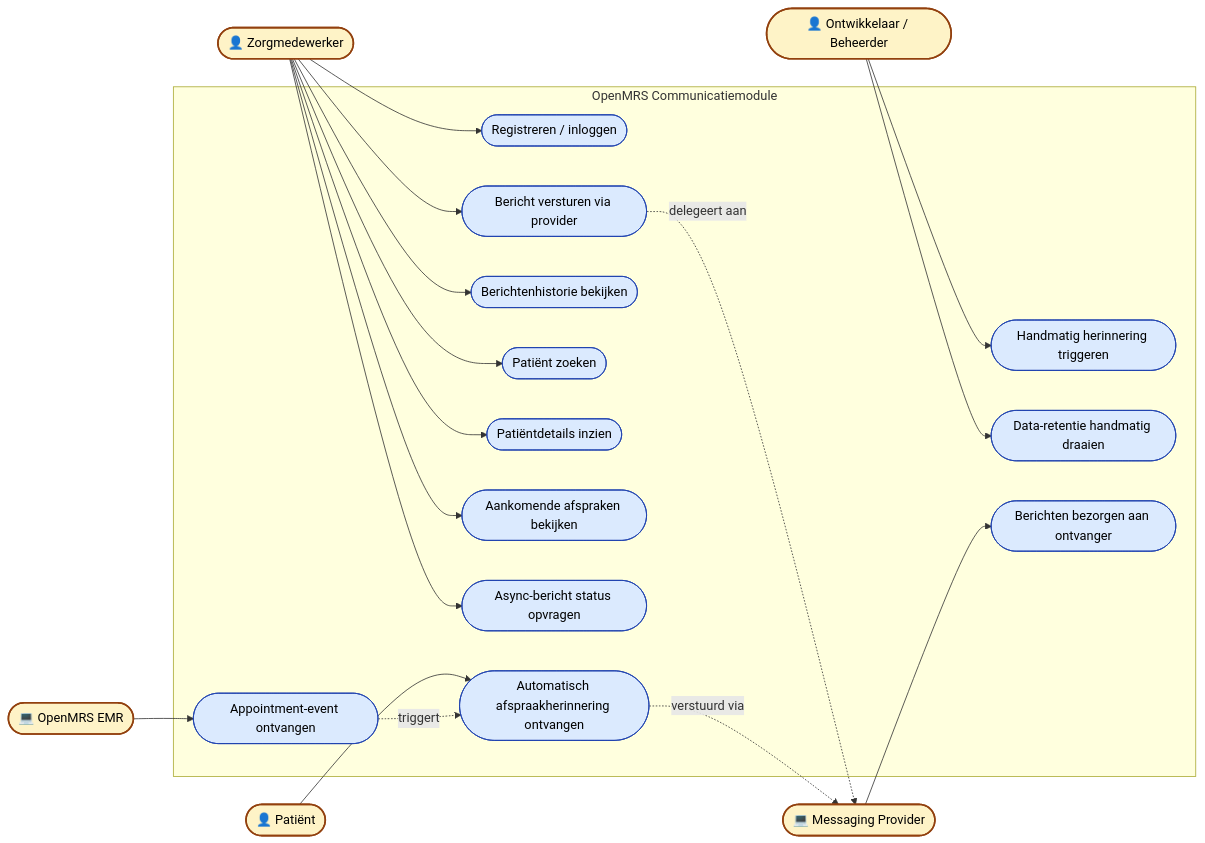
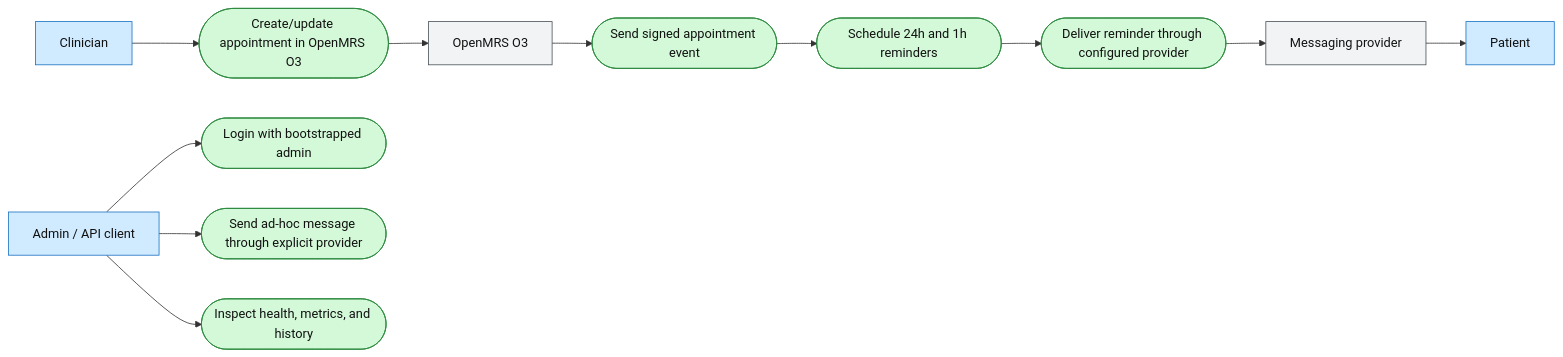
Before and after one commit to Rishyansyal/OpenMRSmoduleBackend: the diagram in docs/c4/diagrams/06-use-case.mmd, drawn with Mermaid. The commit also changed 160 other files, not shown here.

```diff
--- a/docs/c4/diagrams/06-use-case.mmd
+++ b/docs/c4/diagrams/06-use-case.mmd
@@ -1,45 +1,29 @@
-graph LR
-    classDef actor fill:#fef3c7,stroke:#92400e,stroke-width:2px,color:#000
-    classDef usecase fill:#dbeafe,stroke:#1e40af,stroke-width:1px,color:#000
-    classDef system fill:#e0e7ff,stroke:#4338ca,stroke-width:2px,color:#000
+flowchart LR
+    classDef actor fill:#d0ebff,stroke:#1971c2,color:#111
+    classDef usecase fill:#d3f9d8,stroke:#2b8a3e,color:#111
+    classDef ext fill:#f1f3f5,stroke:#495057,color:#111
 
-    Zorg(["👤 Zorgmedewerker"]):::actor
-    Pat(["👤 Patiënt"]):::actor
-    Dev(["👤 Ontwikkelaar / Beheerder"]):::actor
-    OM(["💻 OpenMRS EMR"]):::actor
-    MP(["💻 Messaging Provider"]):::actor
+    clinician["Clinician"]:::actor
+    admin["Admin / API client"]:::actor
+    patient["Patient"]:::actor
+    openmrs["OpenMRS O3"]:::ext
+    provider["Messaging provider"]:::ext
 
-    subgraph SYS["OpenMRS Communicatiemodule"]
-        UC1(["Registreren / inloggen"]):::usecase
-        UC2(["Bericht versturen via provider"]):::usecase
-        UC3(["Berichtenhistorie bekijken"]):::usecase
-        UC4(["Patiënt zoeken"]):::usecase
-        UC5(["Patiëntdetails inzien"]):::usecase
-        UC6(["Aankomende afspraken bekijken"]):::usecase
-        UC7(["Async-bericht status opvragen"]):::usecase
-        UC8(["Automatisch afspraakherinnering ontvangen"]):::usecase
-        UC9(["Appointment-event ontvangen"]):::usecase
-        UC10(["Handmatig herinnering triggeren"]):::usecase
-        UC11(["Data-retentie handmatig draaien"]):::usecase
-        UC12(["Berichten bezorgen aan ontvanger"]):::usecase
-    end
+    uc1(["Create/update appointment in OpenMRS O3"]):::usecase
+    uc2(["Send signed appointment event"]):::usecase
+    uc3(["Schedule 24h and 1h reminders"]):::usecase
+    uc4(["Deliver reminder through configured provider"]):::usecase
+    uc5(["Login with bootstrapped admin"]):::usecase
+    uc6(["Send ad-hoc message through explicit provider"]):::usecase
+    uc7(["Inspect health, metrics, and history"]):::usecase
 
-    Zorg --> UC1
-    Zorg --> UC2
-    Zorg --> UC3
-    Zorg --> UC4
-    Zorg --> UC5
-    Zorg --> UC6
-    Zorg --> UC7
-
-    Pat --> UC8
-
-    Dev --> UC10
-    Dev --> UC11
-
-    OM --> UC9
-    UC9 -.->|triggert| UC8
-
-    MP --> UC12
-    UC2 -.->|delegeert aan| MP
-    UC8 -.->|verstuurd via| MP
+    clinician --> uc1
+    uc1 --> openmrs
+    openmrs --> uc2
+    uc2 --> uc3
+    uc3 --> uc4
+    uc4 --> provider
+    provider --> patient
+    admin --> uc5
+    admin --> uc6
+    admin --> uc7
```
